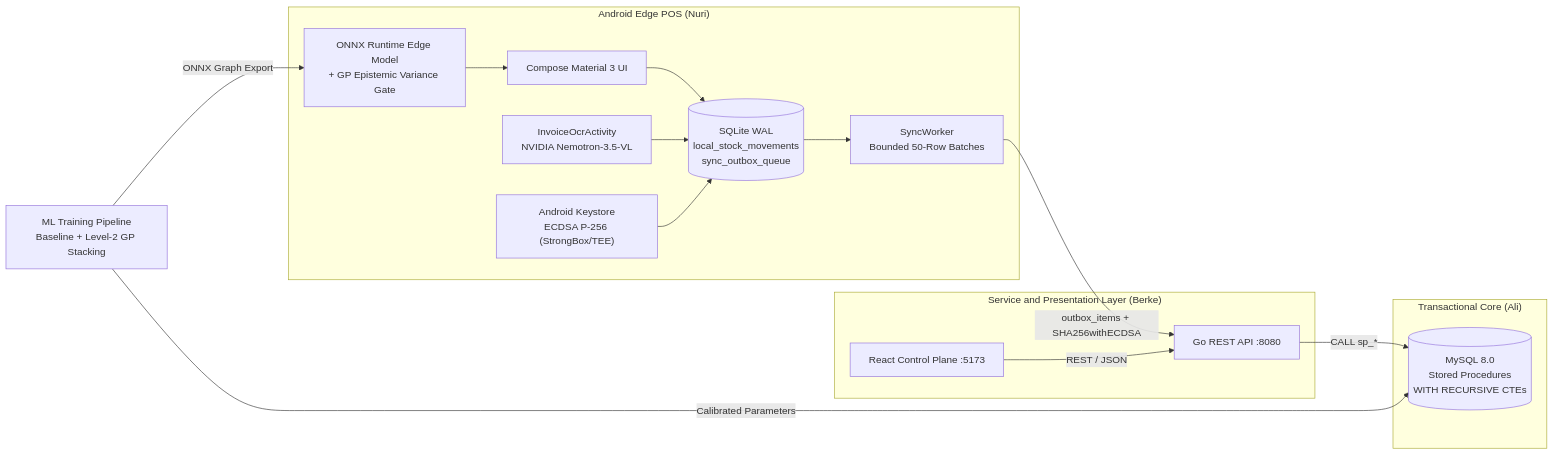
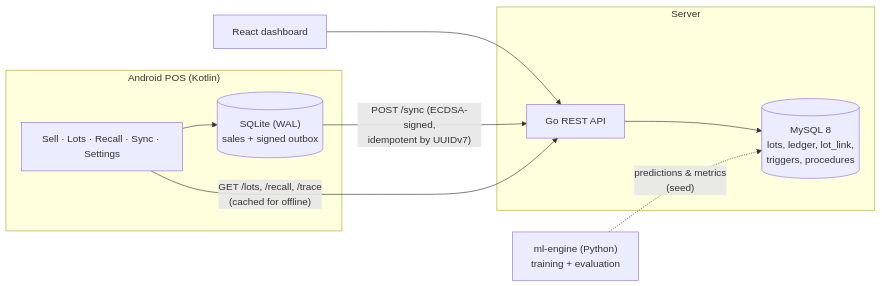
One commit to ban-food-intelligence/ban-food-intelligence changed the diagram in README.md. Above: the diagram before and after it, drawn with Mermaid. The commit also changed other lines of this file and 3 other files, not shown here.

First line of the commit message:
docs: README, architecture, demo script, Makefile

````diff
--- a/README.md
+++ b/README.md
@@ -110,24 +27,17 @@
 ```mermaid
 flowchart LR
-    subgraph Edge["Android Edge POS (Nuri)"]
-        UI["Compose Material 3 UI"] --> SQ[("SQLite WAL<br/>local_stock_movements<br/>sync_outbox_queue")]
-        OCR["InvoiceOcrActivity<br/>NVIDIA Nemotron-3.5-VL"] --> SQ
-        SQ --> SW["SyncWorker<br/>Bounded 50-Row Batches"]
-        KS["Android Keystore<br/>ECDSA P-256 (StrongBox/TEE)"] --> SQ
-        ONNX["ONNX Runtime Edge Model<br/>+ GP Epistemic Variance Gate"] --> UI
-    end
-    subgraph Core["Service and Presentation Layer (Berke)"]
-        API["Go REST API :8080"]
-        WEB["React Control Plane :5173"]
-    end
-    subgraph Data["Transactional Core (Ali)"]
-        DB[("MySQL 8.0<br/>Stored Procedures<br/>WITH RECURSIVE CTEs")]
-    end
-    ML["ML Training Pipeline<br/>Baseline + Level-2 GP Stacking"]
-
-    SW -- "outbox_items + SHA256withECDSA" --> API
-    WEB -- "REST / JSON" --> API
-    API -- "CALL sp_*" --> DB
-    ML -- "Calibrated Parameters" --> DB
-    ML -- "ONNX Graph Export" --> ONNX
+  subgraph Phone["Android POS (Kotlin)"]
+    UI["Sell · Lots · Recall · Sync · Settings"]
+    SQ[("SQLite (WAL)\nsales + signed outbox")]
+    UI --> SQ
+  end
+  subgraph Server["Server"]
+    API["Go REST API"]
+    DB[("MySQL 8\nlots, ledger, lot_link,\ntriggers, procedures")]
+    API --> DB
+  end
+  WEB["React dashboard"] --> API
+  SQ -- "POST /sync (ECDSA-signed,\nidempotent by UUIDv7)" --> API
+  UI -- "GET /lots, /recall, /trace\n(cached for offline)" --> API
+  ML["ml-engine (Python)\ntraining + evaluation"] -. "predictions & metrics\n(seed)" .-> DB
 ```
````
